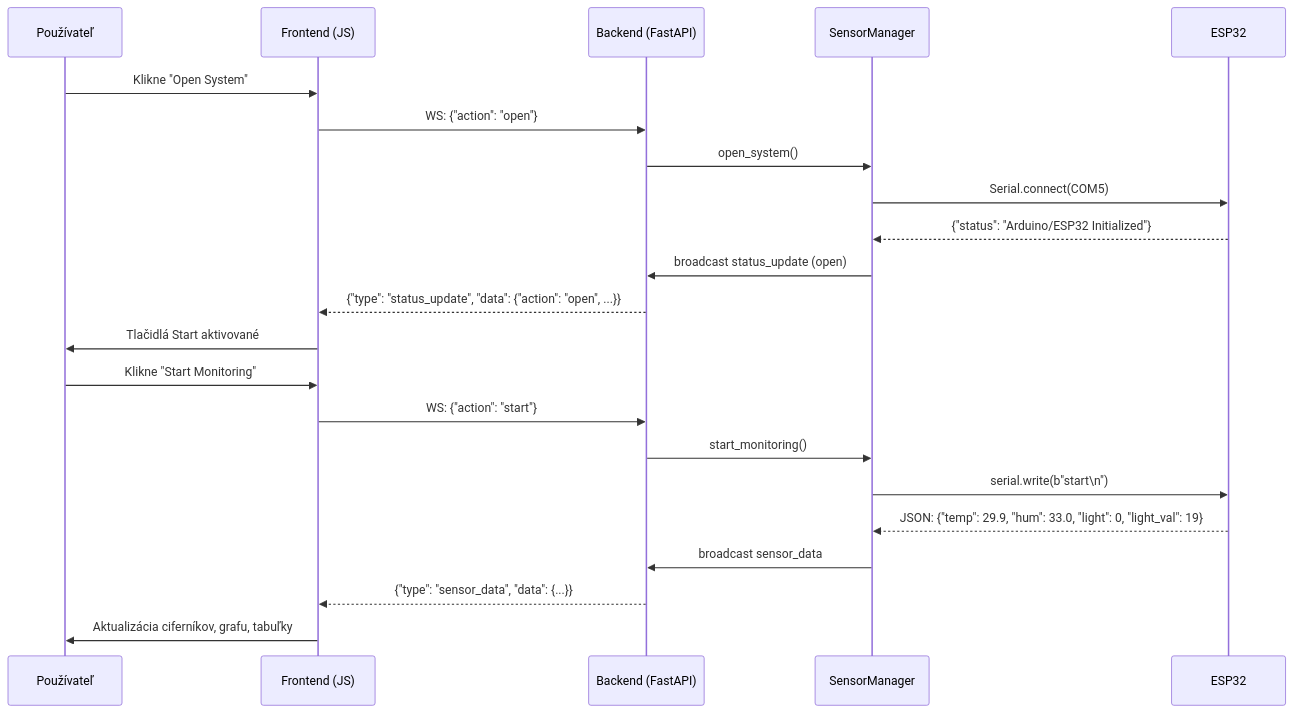
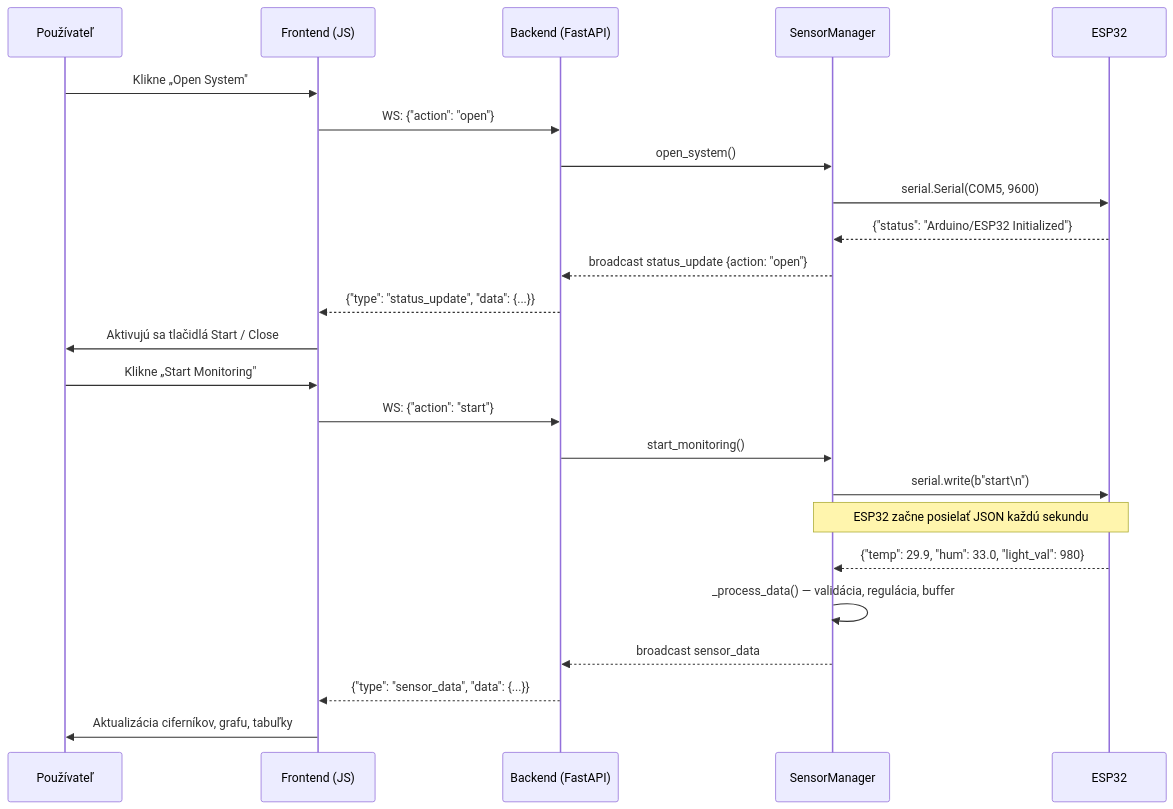
The second of 3 diagrams in DOCUMENTATION.md (HavryliukM/POIT), drawn with Mermaid before and after one commit. The commit also changed other lines of this file and 8 other files, not shown here.

````diff
--- a/DOCUMENTATION.md
+++ b/DOCUMENTATION.md
@@ -61,26 +62,28 @@
 ```mermaid
 sequenceDiagram
     participant U as Používateľ
     participant FE as Frontend (JS)
     participant BE as Backend (FastAPI)
     participant SM as SensorManager
     participant ESP as ESP32
 
-    U->>FE: Klikne "Open System"
+    U->>FE: Klikne „Open System"
     FE->>BE: WS: {"action": "open"}
     BE->>SM: open_system()
-    SM->>ESP: Serial.connect(COM5)
+    SM->>ESP: serial.Serial(COM5, 9600)
     ESP-->>SM: {"status": "Arduino/ESP32 Initialized"}
-    SM->>BE: broadcast status_update (open)
-    BE-->>FE: {"type": "status_update", "data": {"action": "open", ...}}
-    FE->>U: Tlačidlá Start aktivované
+    SM-->>BE: broadcast status_update {action: "open"}
+    BE-->>FE: {"type": "status_update", "data": {...}}
+    FE->>U: Aktivujú sa tlačidlá Start / Close
 
-    U->>FE: Klikne "Start Monitoring"
+    U->>FE: Klikne „Start Monitoring"
     FE->>BE: WS: {"action": "start"}
     BE->>SM: start_monitoring()
     SM->>ESP: serial.write(b"start\n")
-    ESP-->>SM: JSON: {"temp": 29.9, "hum": 33.0, "light": 0, "light_val": 19}
-    SM->>BE: broadcast sensor_data
+    Note over SM,ESP: ESP32 začne posielať JSON každú sekundu
+    ESP-->>SM: {"temp": 29.9, "hum": 33.0, "light_val": 980}
+    SM->>SM: _process_data() — validácia, regulácia, buffer
+    SM-->>BE: broadcast sensor_data
     BE-->>FE: {"type": "sensor_data", "data": {...}}
     FE->>U: Aktualizácia ciferníkov, grafu, tabuľky
 ```
````
